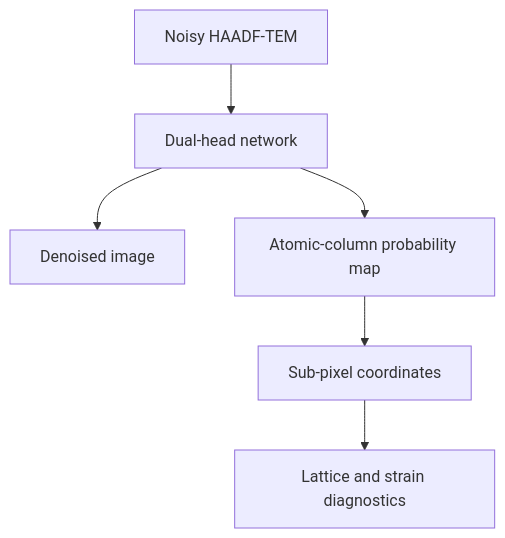
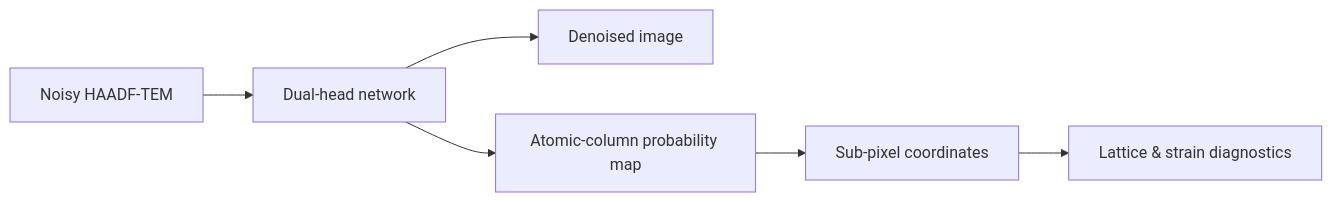
One commit to akatsuki2bb/tem-atomic-localization-strain changed the diagram in README.md. Above: the diagram before and after it, drawn with Mermaid. The commit also changed other lines of this file, not shown here.

````diff
--- a/README.md
+++ b/README.md
@@ -11,8 +20,8 @@
 ```mermaid
-flowchart TD
+flowchart LR
     A["Noisy HAADF-TEM"] --> B["Dual-head network"]
     B --> C["Denoised image"]
     B --> D["Atomic-column probability map"]
     D --> E["Sub-pixel coordinates"]
-    E --> F["Lattice and strain diagnostics"]
+    E --> F["Lattice & strain diagnostics"]
 ```
````
